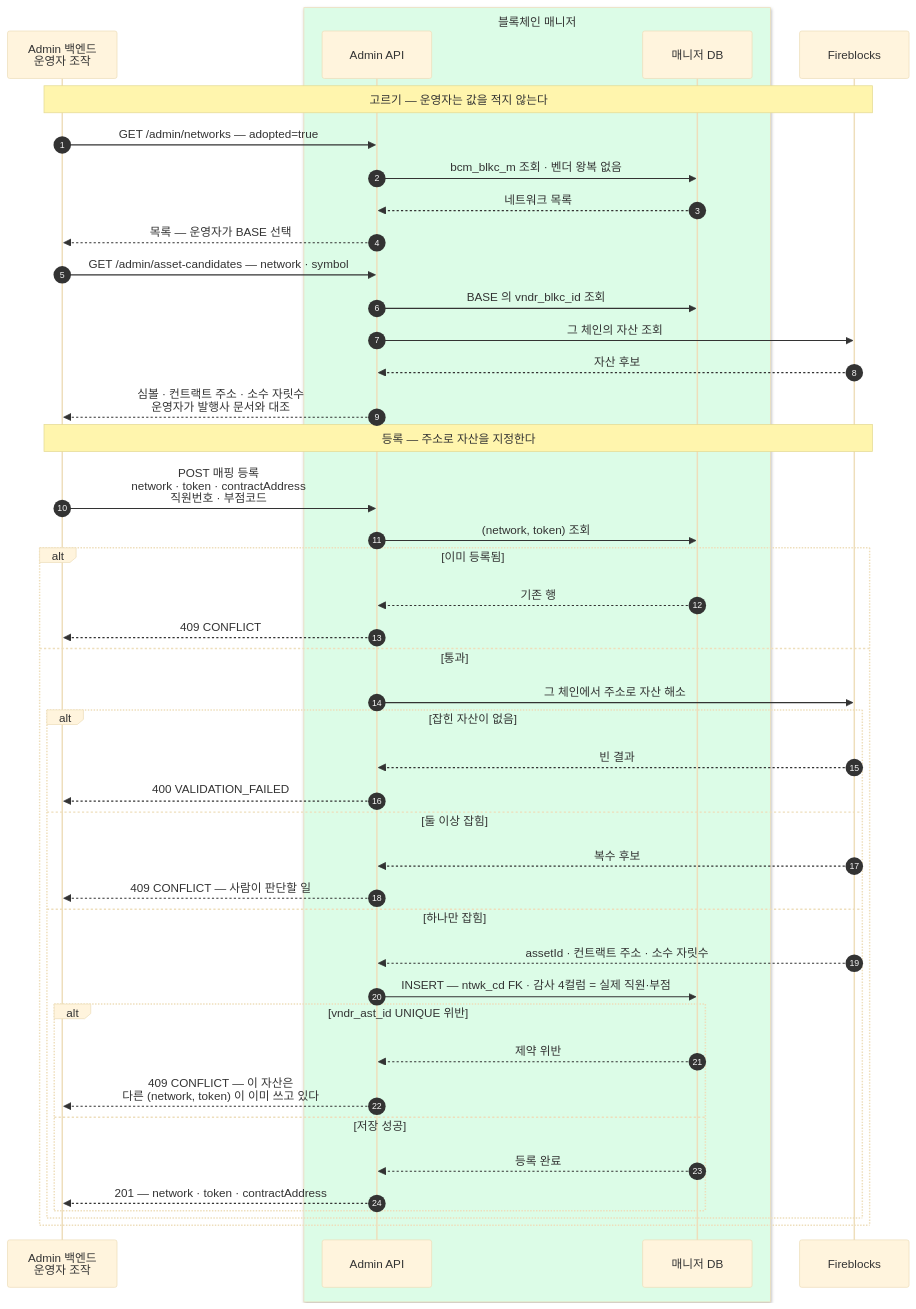
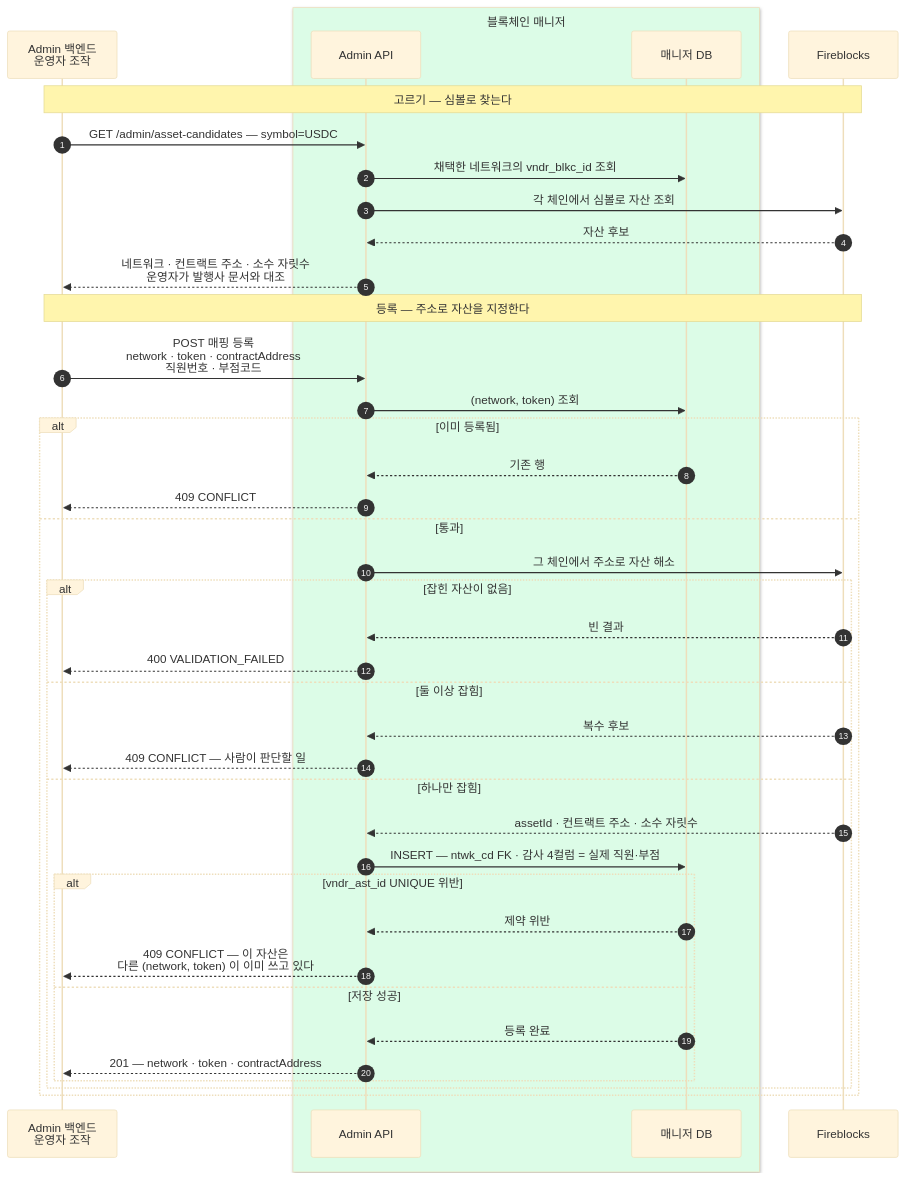
The diagram in blockchain-manager/docs/BC/설계/07-asset-master.md (eunsujeo/eunpus), drawn with Mermaid (base theme) before and after one commit. The commit also changed other lines of this file, not shown here.

Commit message:
07 도 심볼 우선으로 — 다이어그램에서 네트워크 고르기 왕복 제거
앞 커밋에서 스펙만 바꾸고 설계 문서가 남아 있었다.

````diff
--- a/blockchain-manager/docs/BC/설계/07-asset-master.md
+++ b/blockchain-manager/docs/BC/설계/07-asset-master.md
@@ -128,48 +128,44 @@
 ```mermaid
 sequenceDiagram
     autonumber
     participant ADM as Admin 백엔드<br/>운영자 조작
     box rgb(220,252,231) 블록체인 매니저
     participant API as Admin API
     participant MDB as 매니저 DB
     end
     participant FB as Fireblocks
 
-    Note over ADM,FB: 고르기 — 운영자는 값을 적지 않는다
-    ADM->>API: GET /admin/networks — adopted=true
-    API->>MDB: bcm_blkc_m 조회 · 벤더 왕복 없음
-    MDB-->>API: 네트워크 목록
-    API-->>ADM: 목록 — 운영자가 BASE 선택
-    ADM->>API: GET /admin/asset-candidates — network · symbol
-    API->>MDB: BASE 의 vndr_blkc_id 조회
-    API->>FB: 그 체인의 자산 조회
+    Note over ADM,FB: 고르기 — 심볼로 찾는다
+    ADM->>API: GET /admin/asset-candidates — symbol=USDC
+    API->>MDB: 채택한 네트워크의 vndr_blkc_id 조회
+    API->>FB: 각 체인에서 심볼로 자산 조회
     FB-->>API: 자산 후보
-    API-->>ADM: 심볼 · 컨트랙트 주소 · 소수 자릿수<br/>운영자가 발행사 문서와 대조
+    API-->>ADM: 네트워크 · 컨트랙트 주소 · 소수 자릿수<br/>운영자가 발행사 문서와 대조
 
     Note over ADM,FB: 등록 — 주소로 자산을 지정한다
     ADM->>API: POST 매핑 등록<br/>network · token · contractAddress<br/>직원번호 · 부점코드
     API->>MDB: (network, token) 조회
     alt 이미 등록됨
         MDB-->>API: 기존 행
         API-->>ADM: 409 CONFLICT
     else 통과
         API->>FB: 그 체인에서 주소로 자산 해소
         alt 잡힌 자산이 없음
             FB-->>API: 빈 결과
             API-->>ADM: 400 VALIDATION_FAILED
         else 둘 이상 잡힘
             FB-->>API: 복수 후보
             API-->>ADM: 409 CONFLICT — 사람이 판단할 일
         else 하나만 잡힘
             FB-->>API: assetId · 컨트랙트 주소 · 소수 자릿수
             API->>MDB: INSERT — ntwk_cd FK · 감사 4컬럼 = 실제 직원·부점
             alt vndr_ast_id UNIQUE 위반
                 MDB-->>API: 제약 위반
                 API-->>ADM: 409 CONFLICT — 이 자산은<br/>다른 (network, token) 이 이미 쓰고 있다
             else 저장 성공
                 MDB-->>API: 등록 완료
                 API-->>ADM: 201 — network · token · contractAddress
             end
         end
     end
 ```
````
